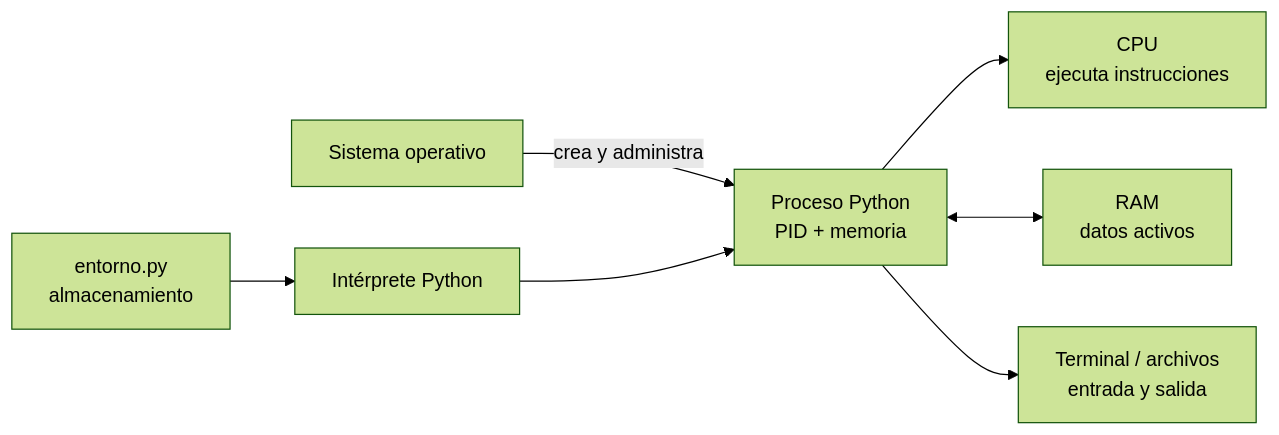
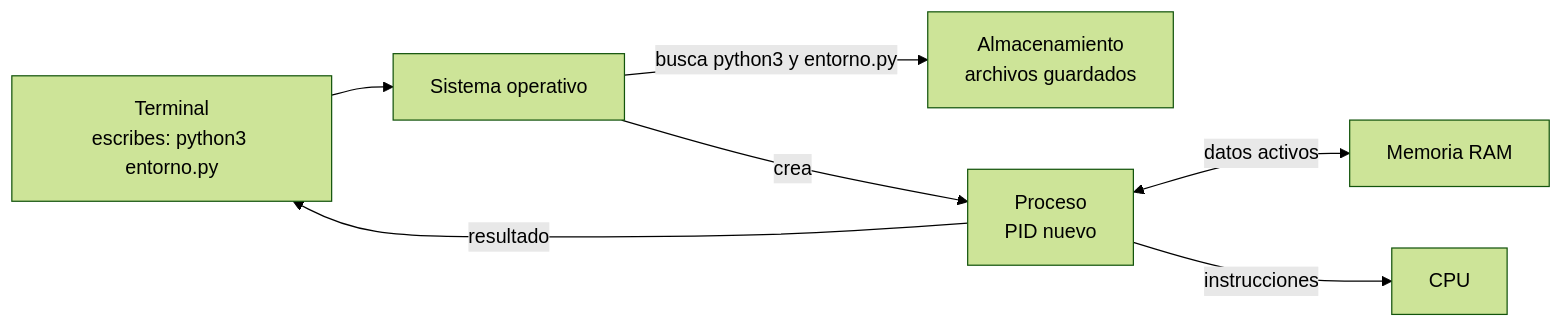
Before and after one commit to NICORUIZ93/The_Imperial_Book: the second of 7 diagrams in web/public/content/foundations/modulo-0.md, drawn with Mermaid (forest theme). The commit also changed other lines of this file, not shown here.

````diff
--- a/web/public/content/foundations/modulo-0.md
+++ b/web/public/content/foundations/modulo-0.md
@@ -66,9 +189,9 @@
 ```mermaid
 flowchart LR
-    A["entorno.py<br/>almacenamiento"] --> B["Intérprete Python"]
-    SO["Sistema operativo"] -->|crea y administra| P["Proceso Python<br/>PID + memoria"]
-    B --> P
-    P --> CPU["CPU<br/>ejecuta instrucciones"]
-    P <--> RAM["RAM<br/>datos activos"]
-    P --> IO["Terminal / archivos<br/>entrada y salida"]
+    T["Terminal<br/>escribes: python3 entorno.py"] --> SO["Sistema operativo"]
+    SO -->|"busca python3 y entorno.py"| DISK["Almacenamiento<br/>archivos guardados"]
+    SO -->|"crea"| P["Proceso<br/>PID nuevo"]
+    P <-->|"datos activos"| RAM["Memoria RAM"]
+    P -->|"instrucciones"| CPU["CPU"]
+    P -->|"resultado"| T
 ```
````
